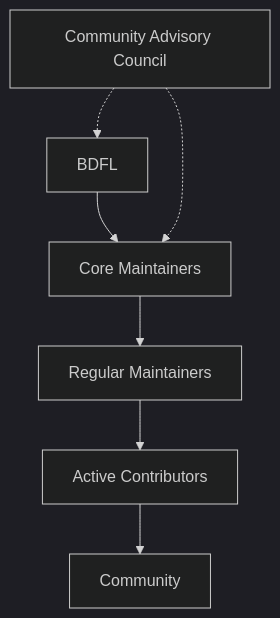
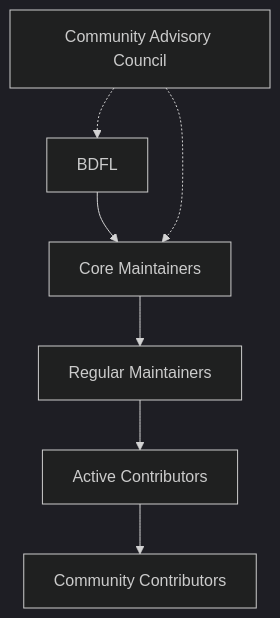
The first of 2 diagrams in docs/GOVERNANCE.md (krushna081/chakravyuh-ai), drawn with Mermaid (dark theme) before and after one commit. The commit also changed other lines of this file and 41 other files, not shown here.

````diff
--- a/docs/GOVERNANCE.md
+++ b/docs/GOVERNANCE.md
@@ -9,9 +21,9 @@
 ```mermaid
 graph TD
     BDFL[BDFL] --> CORE[Core Maintainers]
     CORE --> MAINTAINERS[Regular Maintainers]
     MAINTAINERS --> CONTRIBUTORS[Active Contributors]
-    CONTRIBUTORS --> COMMUNITY[Community]
+    CONTRIBUTORS --> COMMUNITY[Community Contributors]
     ADVISORY[Community Advisory Council] -.-> CORE
     ADVISORY -.-> BDFL
 ```
````
